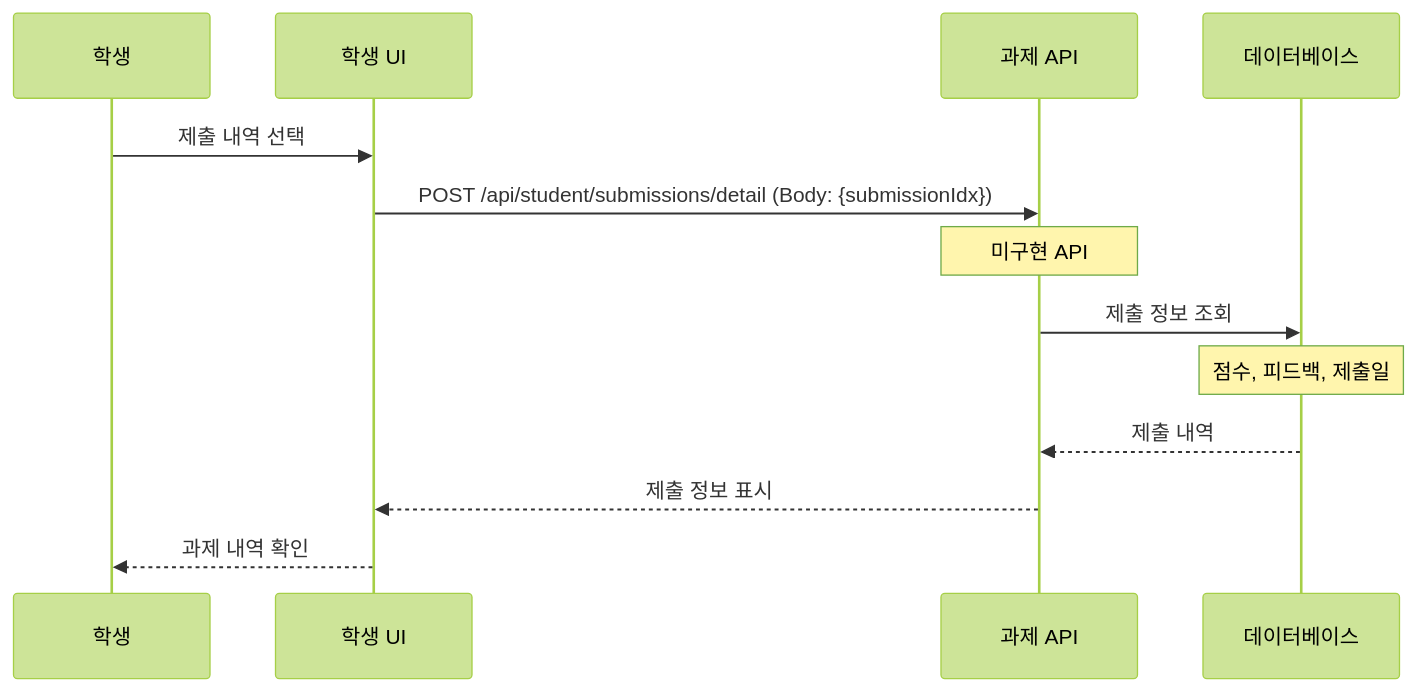
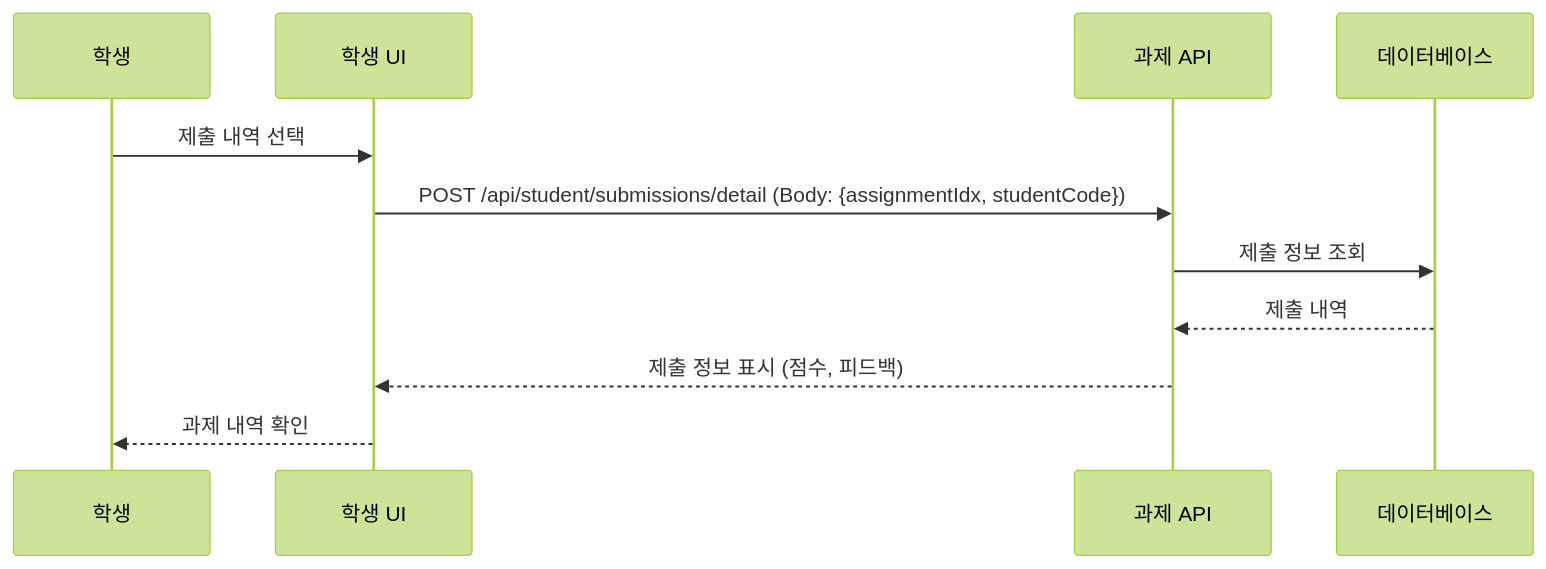
One commit to hooting76/blue-crab-lms changed the eighth of 10 diagrams in backend/BlueCrab/docs/강의관련기능/06-학생플로우.md. Above: the diagram before and after it, drawn with Mermaid (forest theme). The commit also changed other lines of this file and 19 other files, not shown here.

````diff
--- a/backend/BlueCrab/docs/강의관련기능/06-학생플로우.md
+++ b/backend/BlueCrab/docs/강의관련기능/06-학생플로우.md
@@ -218,16 +241,14 @@
 ```mermaid
 sequenceDiagram
     participant Student as 학생
     participant UI as 학생 UI
     participant API as 과제 API
     participant DB as 데이터베이스
 
     Student->>UI: 제출 내역 선택
-    UI->>API: POST /api/student/submissions/detail (Body: {submissionIdx})
-    Note over API:  미구현 API
+    UI->>API: POST /api/student/submissions/detail (Body: {assignmentIdx, studentCode})
     API->>DB: 제출 정보 조회
-    Note over DB: 점수, 피드백, 제출일
     DB-->>API: 제출 내역
-    API-->>UI: 제출 정보 표시
+    API-->>UI: 제출 정보 표시 (점수, 피드백)
     UI-->>Student: 과제 내역 확인
 ```
````
